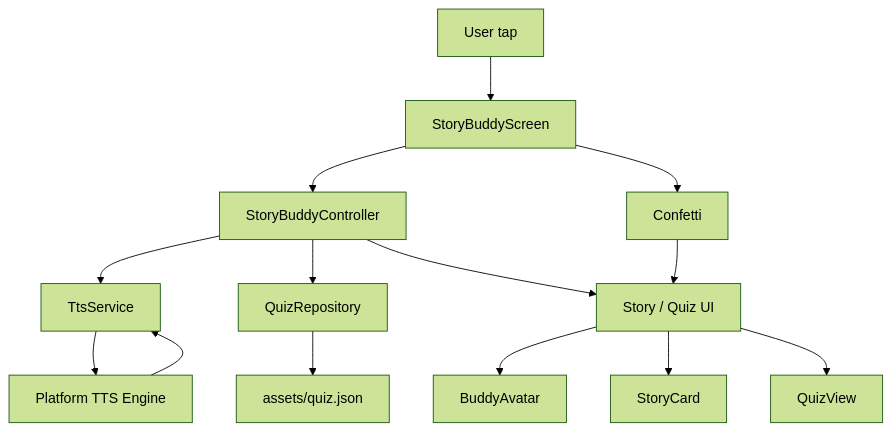
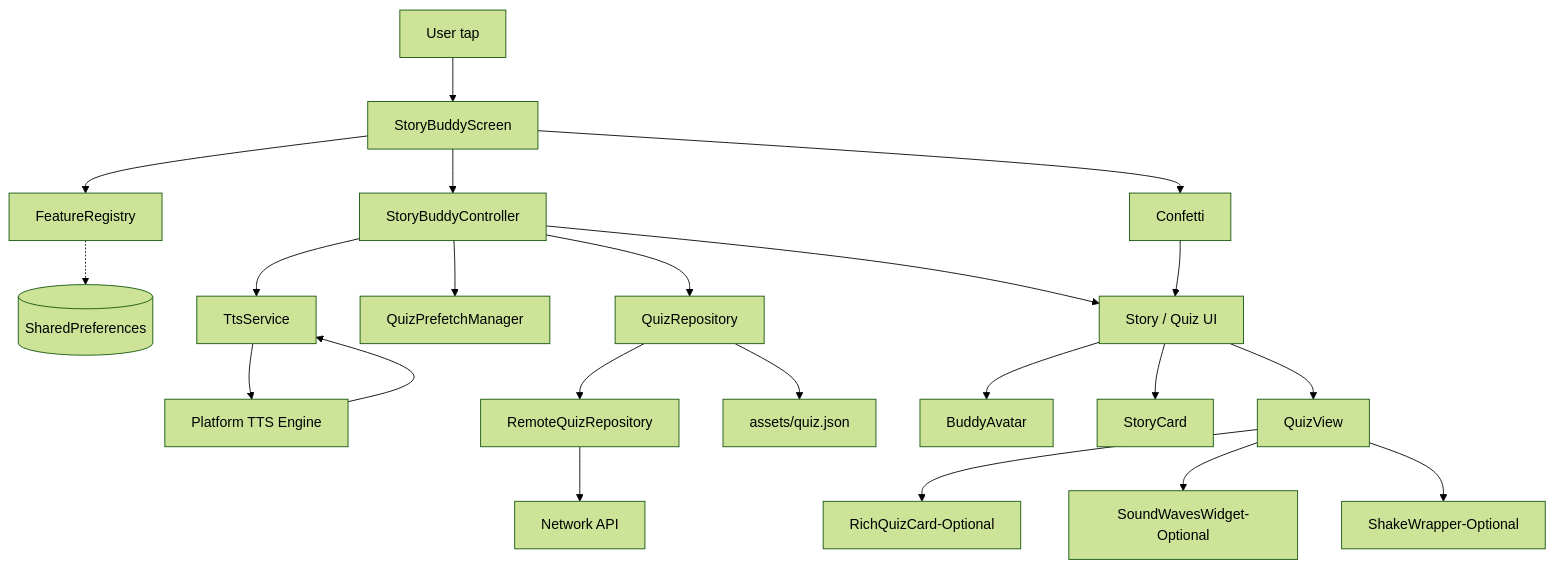
Before and after one commit to thirumani-vihaan/Ai-story-buddy: the first of 2 diagrams in README.md, drawn with Mermaid (forest theme). The commit also changed other lines of this file, not shown here.

First line of the commit message:
docs: update README with new features and architecture

````diff
--- a/README.md
+++ b/README.md
@@ -61,16 +69,24 @@
 ```mermaid
 flowchart TB
   User[User tap] --> StoryBuddyScreen
+  StoryBuddyScreen --> FeatureReg[FeatureRegistry]
   StoryBuddyScreen --> Controller[StoryBuddyController]
+  FeatureReg -.-> Prefs[(SharedPreferences)]
   Controller --> Tts[TtsService]
+  Controller --> QuizPrefetch[QuizPrefetchManager]
   Controller --> QuizRepo[QuizRepository]
+  QuizRepo --> RemoteQuiz[RemoteQuizRepository]
+  RemoteQuiz --> Network[Network API]
   QuizRepo --> Assets[assets/quiz.json]
   Controller --> UI[Story / Quiz UI]
   UI --> Buddy[BuddyAvatar]
   UI --> StoryCard[StoryCard]
   UI --> QuizView[QuizView]
+  QuizView --> RichQuizCard[RichQuizCard-Optional]
+  QuizView --> SoundWaves[SoundWavesWidget-Optional]
+  QuizView --> ShakeWrapper[ShakeWrapper-Optional]
   StoryBuddyScreen --> Confetti[Confetti]
   Confetti --> UI
   Tts --> Native[Platform TTS Engine]
   Native --> Tts
 ```
````
